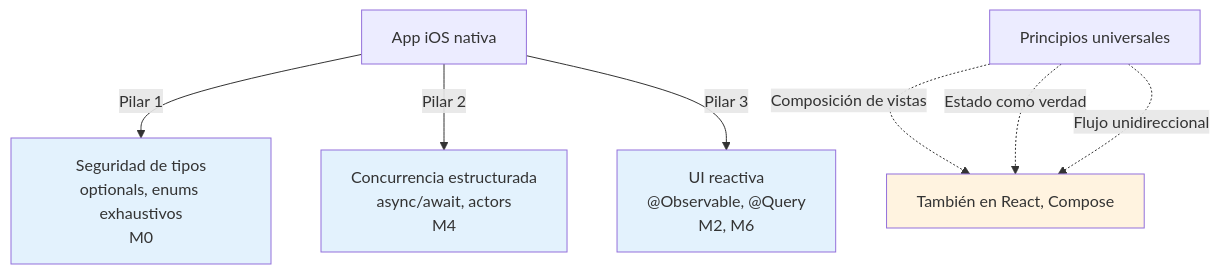
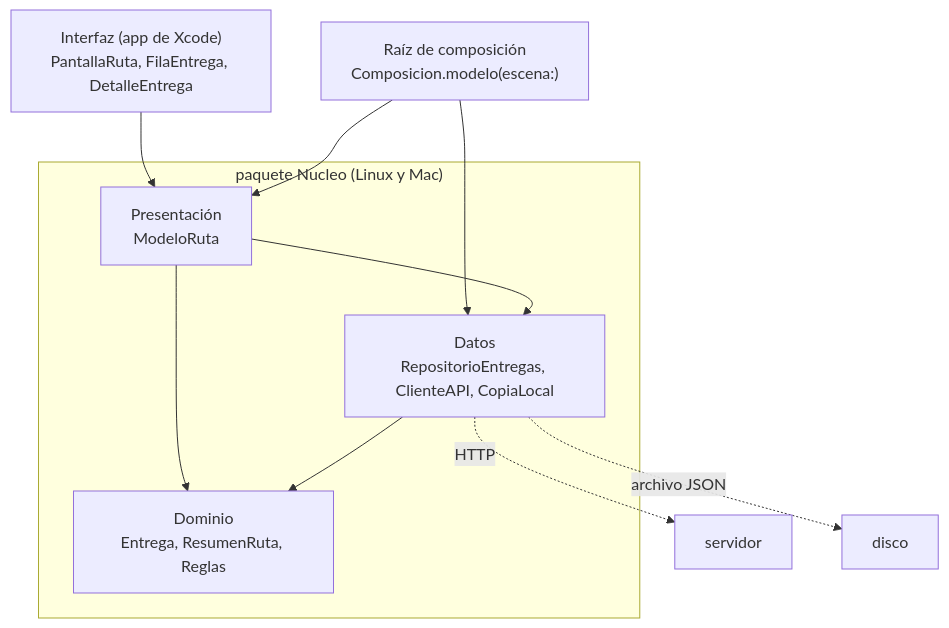
One commit to NICORUIZ93/The_Imperial_Book changed the first of 4 diagrams in web/public/content/ios/modulo-12.md. Above: the diagram before and after it, drawn with Mermaid. The commit also changed other lines of this file and 38 other files, not shown here.

````diff
--- a/web/public/content/ios/modulo-12.md
+++ b/web/public/content/ios/modulo-12.md
@@ -306,17 +140,12 @@
 ```mermaid
-graph TD
-    A["App iOS nativa"]
-    A -->|Pilar 1| B["Seguridad de tipos<br/>optionals, enums exhaustivos<br/>M0"]
-    A -->|Pilar 2| C["Concurrencia estructurada<br/>async/await, actors<br/>M4"]
-    A -->|Pilar 3| D["UI reactiva<br/>@Observable, @Query<br/>M2, M6"]
-    
-    E["Principios universales"]
-    E -.->|Composición de vistas| F["También en React, Compose"]
-    E -.->|Estado como verdad| F
-    E -.->|Flujo unidireccional| F
-    
-    style B fill:#e3f2fd
-    style C fill:#e3f2fd
-    style D fill:#e3f2fd
-    style F fill:#fff3e0
+flowchart TB
+    UI["Interfaz (app de Xcode)<br/>PantallaRuta, FilaEntrega, DetalleEntrega"] --> P
+    C["Raíz de composición<br/>Composicion.modelo(escena:)"] --> P & D
+    subgraph Nucleo["paquete Nucleo (Linux y Mac)"]
+        P["Presentación<br/>ModeloRuta"] --> D["Datos<br/>RepositorioEntregas, ClienteAPI, CopiaLocal"]
+        P --> M["Dominio<br/>Entrega, ResumenRuta, Reglas"]
+        D --> M
+    end
+    D -.->|"HTTP"| S["servidor"]
+    D -.->|"archivo JSON"| F["disco"]
 ```
````
